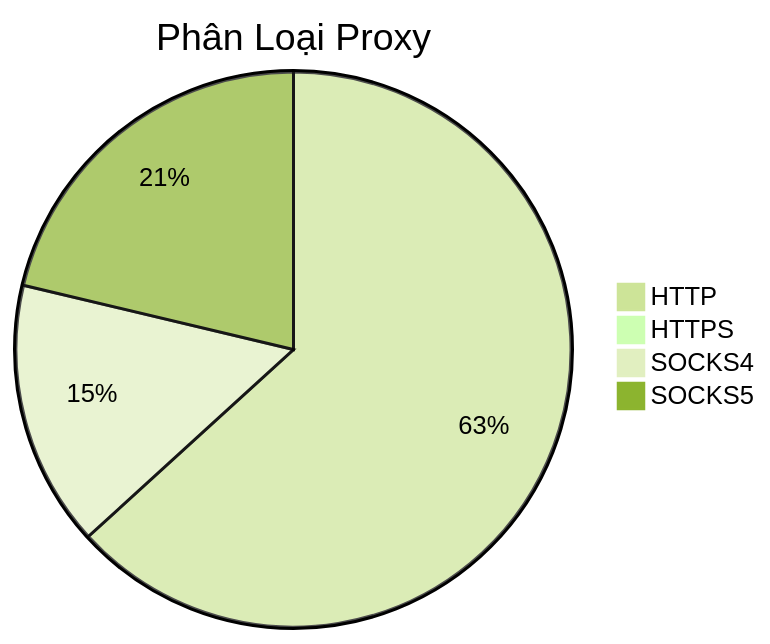
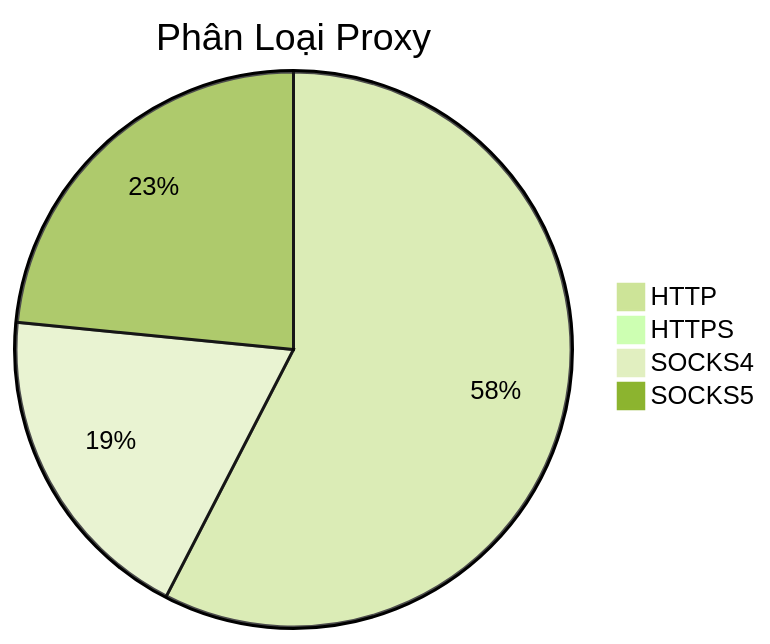
One commit to Ciara-12/PROXY-free changed the diagram in README.md. Above: the diagram before and after it, drawn with Mermaid (forest theme). The commit also changed other lines of this file and 3 other files, not shown here.

````diff
--- a/README.md
+++ b/README.md
@@ -26,7 +26,7 @@
 ```mermaid
 pie title Phân Loại Proxy
-    "HTTP" : 1013
+    "HTTP" : 840
     "HTTPS" : 0
-    "SOCKS4" : 248
-    "SOCKS5" : 341
+    "SOCKS4" : 277
+    "SOCKS5" : 342
 ```
````
